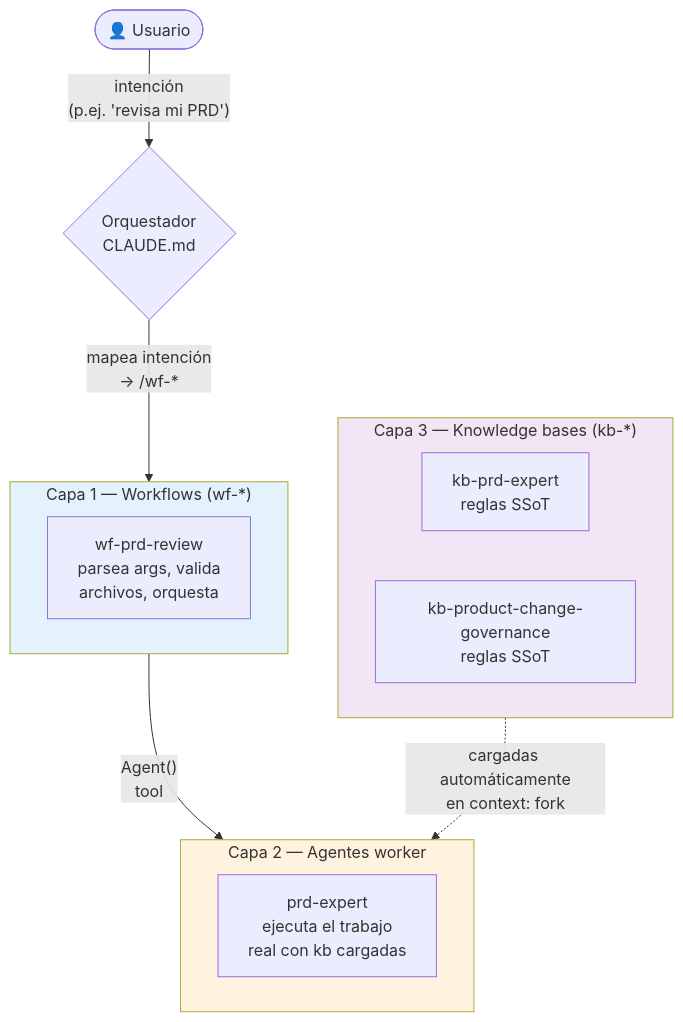
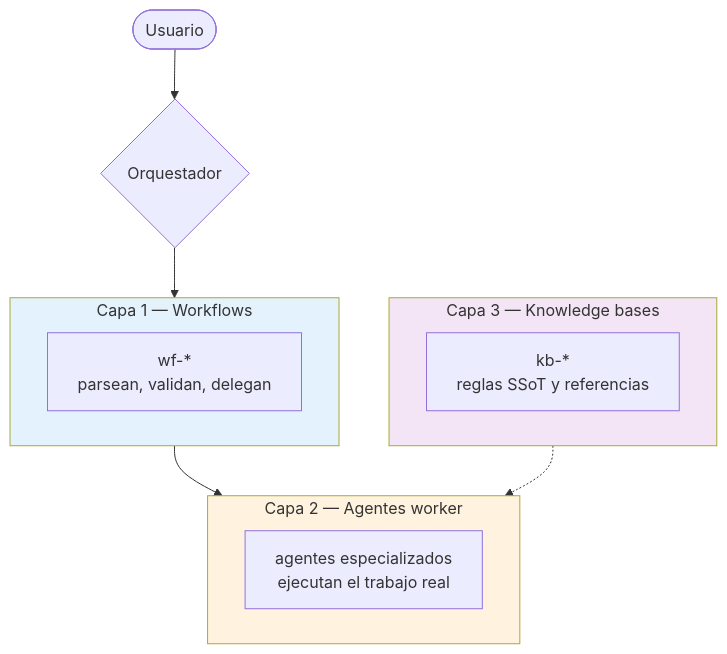
One commit to OspofeDeveloper/ai-dev-agents-lab changed the third of 3 diagrams in sdd/DIAGRAMS.md. Above: the diagram before and after it, drawn with Mermaid. The commit also changed other lines of this file and 20 other files, not shown here.

````diff
--- a/sdd/DIAGRAMS.md
+++ b/sdd/DIAGRAMS.md
@@ -112,27 +87,26 @@
 ```mermaid
 flowchart TB
-    User([👤 Usuario])
-    Orch{Orquestador<br/>CLAUDE.md}
-    User -->|"intención<br/>(p.ej. 'revisa mi PRD')"| Orch
+    User([Usuario])
+    Orch{Orquestador}
 
-    subgraph L1["Capa 1 — Workflows (wf-*)"]
-        WF[wf-prd-review<br/>parsea args, valida<br/>archivos, orquesta]
+    subgraph L1["Capa 1 — Workflows"]
+        WF["wf-*<br/>parsean, validan, delegan"]
     end
 
     subgraph L2["Capa 2 — Agentes worker"]
-        AG[prd-expert<br/>ejecuta el trabajo<br/>real con kb cargadas]
+        AG["agentes especializados<br/>ejecutan el trabajo real"]
     end
 
-    subgraph L3["Capa 3 — Knowledge bases (kb-*)"]
-        KB1[kb-prd-expert<br/>reglas SSoT]
-        KB2[kb-product-change-governance<br/>reglas SSoT]
+    subgraph L3["Capa 3 — Knowledge bases"]
+        KB["kb-*<br/>reglas SSoT y referencias"]
     end
 
-    Orch -->|"mapea intención<br/>→ /wf-*"| L1
-    L1 -->|"Agent()<br/>tool"| L2
-    L3 -.->|"cargadas automáticamente<br/>en context: fork"| L2
+    User --> Orch
+    Orch --> L1
+    L1 --> L2
+    L3 -.-> L2
 
     style L1 fill:#e3f2fd
     style L2 fill:#fff3e0
     style L3 fill:#f3e5f5
 ```
````
